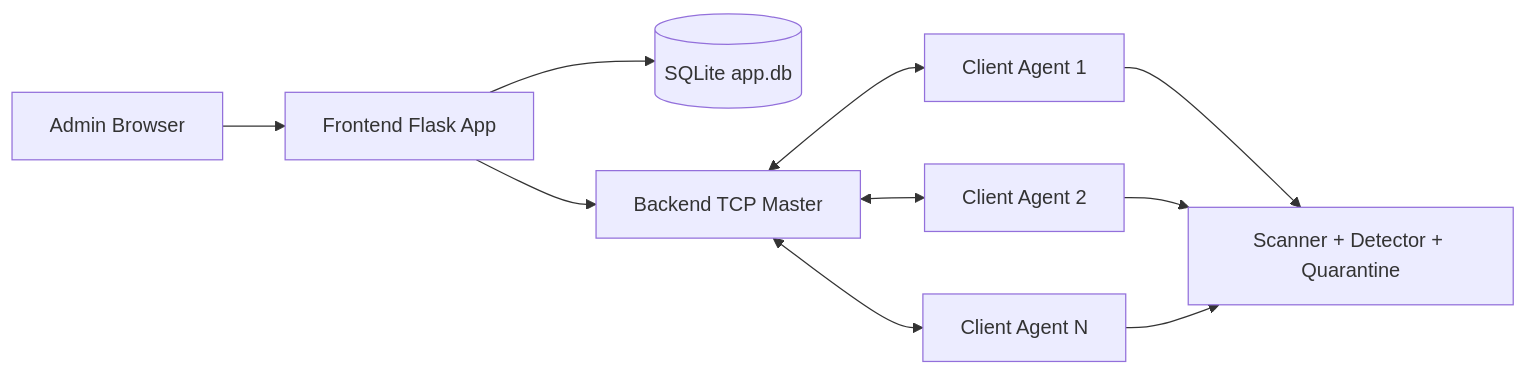
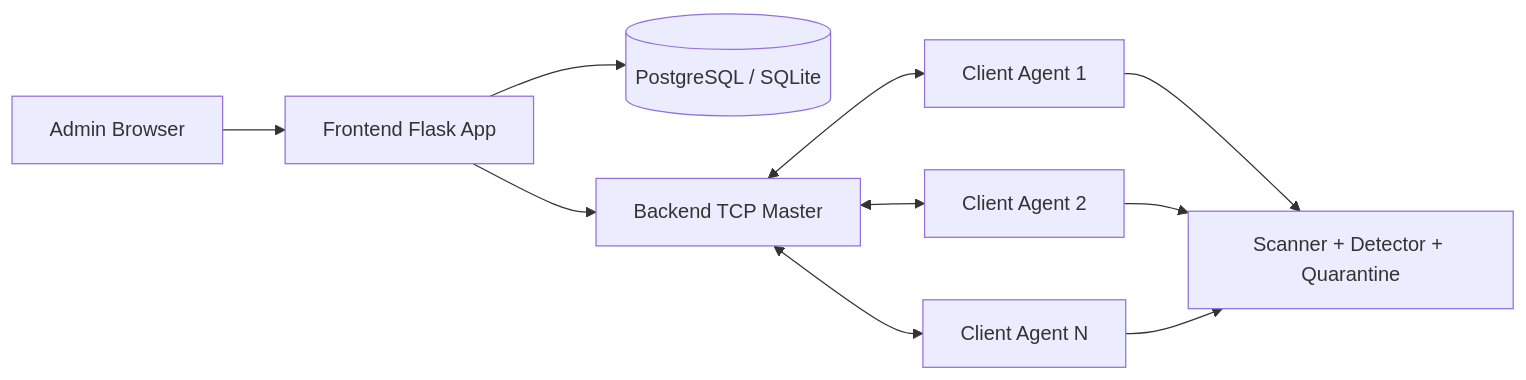
One commit to Agent-Based-Centralised-File-Deletion/project changed the diagram in README.md. Above: the diagram before and after it, drawn with Mermaid. The commit also changed other lines of this file and 20 other files, not shown here.

````diff
--- a/README.md
+++ b/README.md
@@ -44,12 +44,12 @@
 ```mermaid
 flowchart LR
     A[Admin Browser] --> B[Frontend Flask App]
-    B --> C[(SQLite app.db)]
+    B --> C[(PostgreSQL / SQLite)]
     B --> D[Backend TCP Master]
     D <--> E[Client Agent 1]
     D <--> F[Client Agent 2]
     D <--> G[Client Agent N]
     E --> H[Scanner + Detector + Quarantine]
     F --> H
     G --> H
 ```
````
